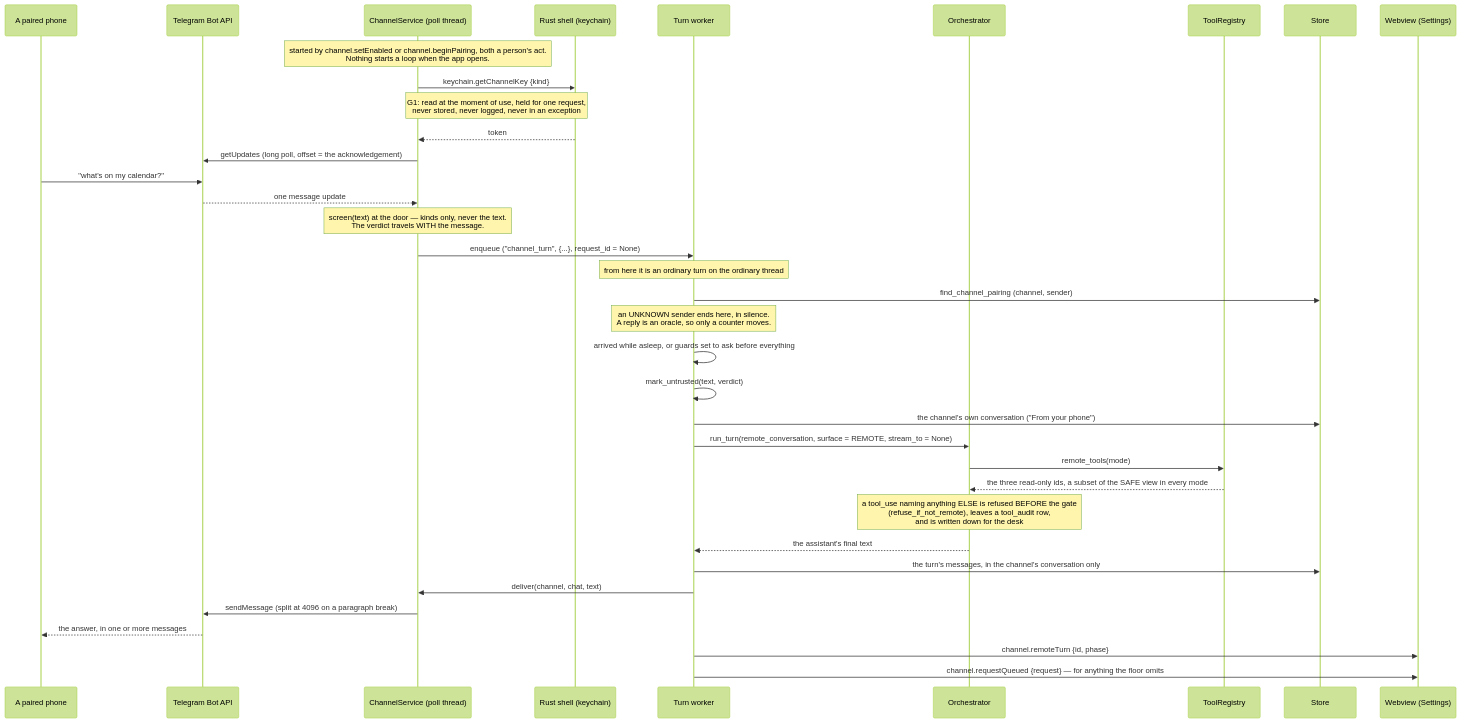
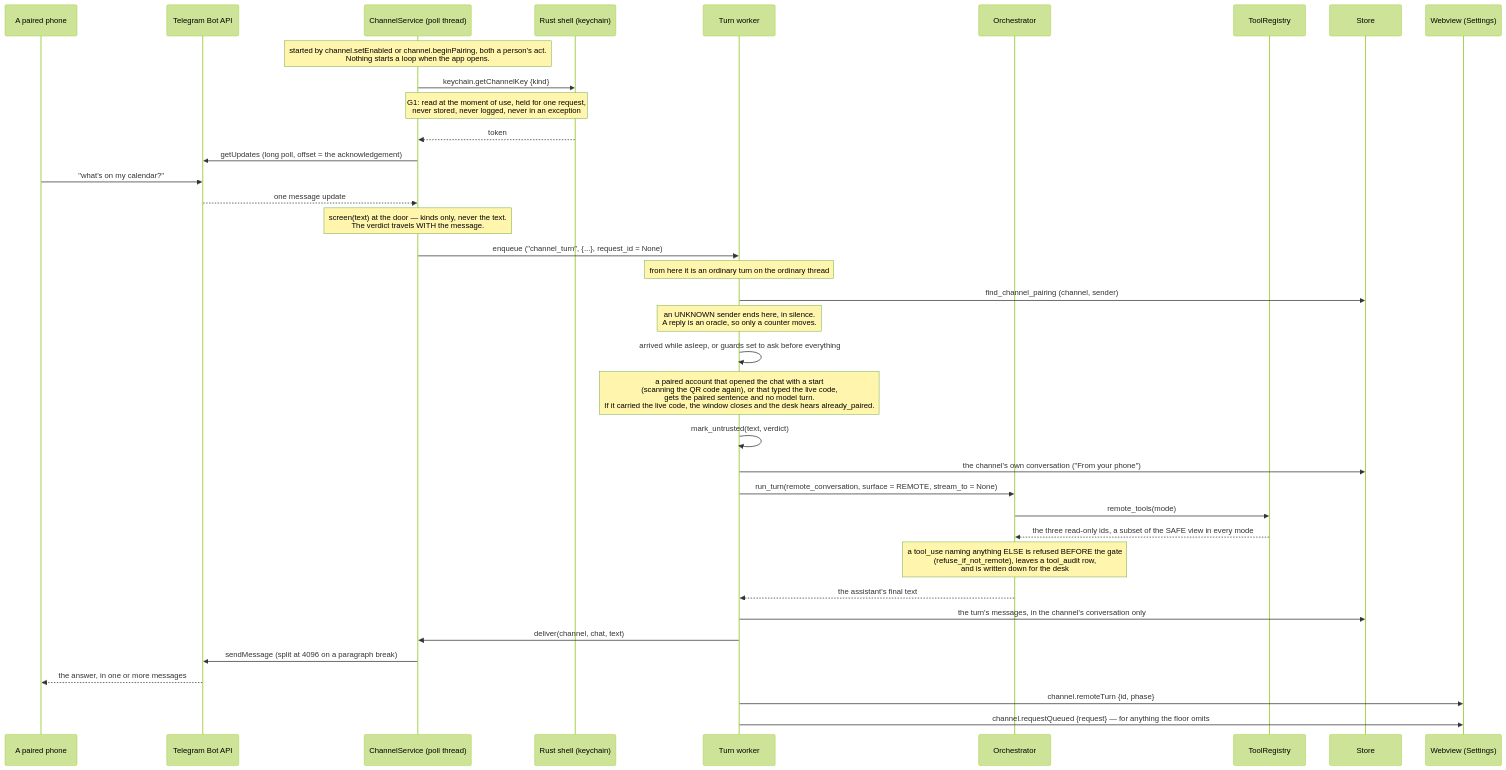
One commit to N041M/Addison changed diagram 17 of 17 in docs/flows.md. Above: the diagram before and after it, drawn with Mermaid (forest theme). The commit also changed 19 other files, not shown here.

````diff
--- a/docs/flows.md
+++ b/docs/flows.md
@@ -792,40 +792,41 @@
 ```mermaid
 sequenceDiagram
     participant PH as A paired phone
     participant TG as Telegram Bot API
     participant CS as ChannelService (poll thread)
     participant SH as Rust shell (keychain)
     participant WK as Turn worker
     participant ORC as Orchestrator
     participant REG as ToolRegistry
     participant ST as Store
     participant WV as Webview (Settings)
 
     Note over CS: started by channel.setEnabled or channel.beginPairing, both a person's act.<br/>Nothing starts a loop when the app opens.
     CS->>SH: keychain.getChannelKey {kind}
     Note over SH,CS: G1: read at the moment of use, held for one request,<br/>never stored, never logged, never in an exception
     SH-->>CS: token
     CS->>TG: getUpdates (long poll, offset = the acknowledgement)
     PH->>TG: "what's on my calendar?"
     TG-->>CS: one message update
     Note over CS: screen(text) at the door — kinds only, never the text.<br/>The verdict travels WITH the message.
     CS->>WK: enqueue ("channel_turn", {...}, request_id = None)
 
     Note over WK: from here it is an ordinary turn on the ordinary thread
     WK->>ST: find_channel_pairing (channel, sender)
     Note over WK: an UNKNOWN sender ends here, in silence.<br/>A reply is an oracle, so only a counter moves.
     WK->>WK: arrived while asleep, or guards set to ask before everything
+    Note over WK: a paired account that opened the chat with a start<br/>(scanning the QR code again), or that typed the live code,<br/>gets the paired sentence and no model turn.<br/>If it carried the live code, the window closes and the desk hears already_paired.
     WK->>WK: mark_untrusted(text, verdict)
     WK->>ST: the channel's own conversation ("From your phone")
     WK->>ORC: run_turn(remote_conversation, surface = REMOTE, stream_to = None)
     ORC->>REG: remote_tools(mode)
     REG-->>ORC: the three read-only ids, a subset of the SAFE view in every mode
     Note over ORC: a tool_use naming anything ELSE is refused BEFORE the gate<br/>(refuse_if_not_remote), leaves a tool_audit row,<br/>and is written down for the desk
     ORC-->>WK: the assistant's final text
     WK->>ST: the turn's messages, in the channel's conversation only
     WK->>CS: deliver(channel, chat, text)
     CS->>TG: sendMessage (split at 4096 on a paragraph break)
     TG-->>PH: the answer, in one or more messages
     WK->>WV: channel.remoteTurn {id, phase}
     WK->>WV: channel.requestQueued {request} — for anything the floor omits
 ```
````
